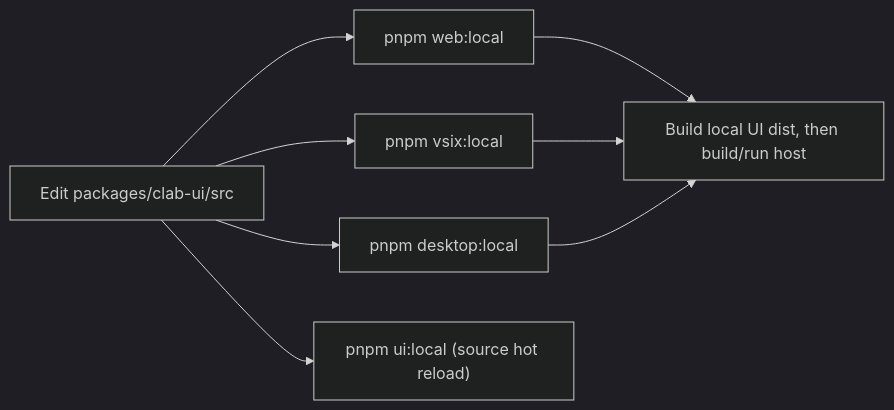
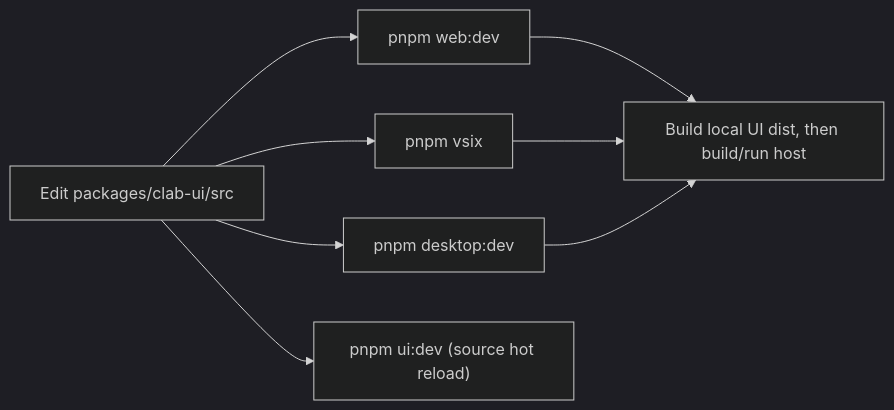
The third of 3 diagrams in packages/clab-ui/docs/02-end-to-end-flows.md (srl-labs/containerlab-app), drawn with Mermaid (dark theme) before and after one commit. The commit also changed 13 other files, not shown here.

First line of the commit message:
chore: rename local dev scripts to :dev and drop aliases

````diff
--- a/packages/clab-ui/docs/02-end-to-end-flows.md
+++ b/packages/clab-ui/docs/02-end-to-end-flows.md
@@ -56,10 +56,10 @@
 ```mermaid
 flowchart LR
-    Source["Edit packages/clab-ui/src"] --> Web["pnpm web:local"]
-    Source --> VSIX["pnpm vsix:local"]
-    Source --> Desktop["pnpm desktop:local"]
-    Source --> UI["pnpm ui:local (source hot reload)"]
+    Source["Edit packages/clab-ui/src"] --> Web["pnpm web:dev"]
+    Source --> VSIX["pnpm vsix"]
+    Source --> Desktop["pnpm desktop:dev"]
+    Source --> UI["pnpm ui:dev (source hot reload)"]
     Web --> Dist["Build local UI dist, then build/run host"]
     VSIX --> Dist
     Desktop --> Dist
 ```
````
